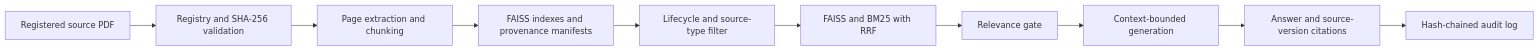
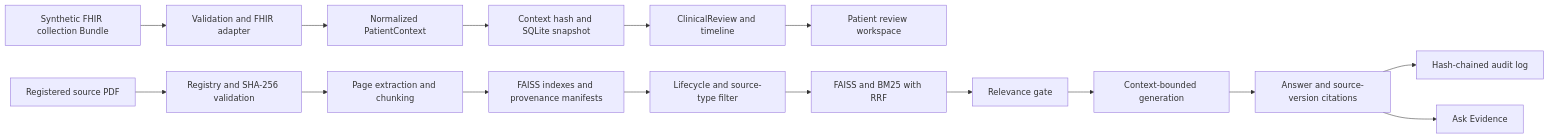
Before and after one commit to Stevemeg/medical-ai-copilot: the diagram in README.md, drawn with Mermaid. The commit also changed other lines of this file and 23 other files, not shown here.

Commit message:
Add FHIR patient context and clinical review workflow

````diff
--- a/README.md
+++ b/README.md
@@ -97,12 +106,18 @@
 ```mermaid
 flowchart LR
+    FHIR[Synthetic FHIR collection Bundle] --> ADAPT[Validation and FHIR adapter]
+    ADAPT --> CTX[Normalized PatientContext]
+    CTX --> HASH[Context hash and SQLite snapshot]
+    HASH --> REVIEW[ClinicalReview and timeline]
+    REVIEW --> UI[Patient review workspace]
     PDF[Registered source PDF] --> REG[Registry and SHA-256 validation]
     REG --> PARSE[Page extraction and chunking]
     PARSE --> IDX[FAISS indexes and provenance manifests]
     IDX --> POLICY[Lifecycle and source-type filter]
     POLICY --> SEARCH[FAISS and BM25 with RRF]
     SEARCH --> GATE[Relevance gate]
     GATE --> GEN[Context-bounded generation]
     GEN --> CITE[Answer and source-version citations]
     CITE --> AUDIT[Hash-chained audit log]
+    CITE --> ASK[Ask Evidence]
 ```
````
